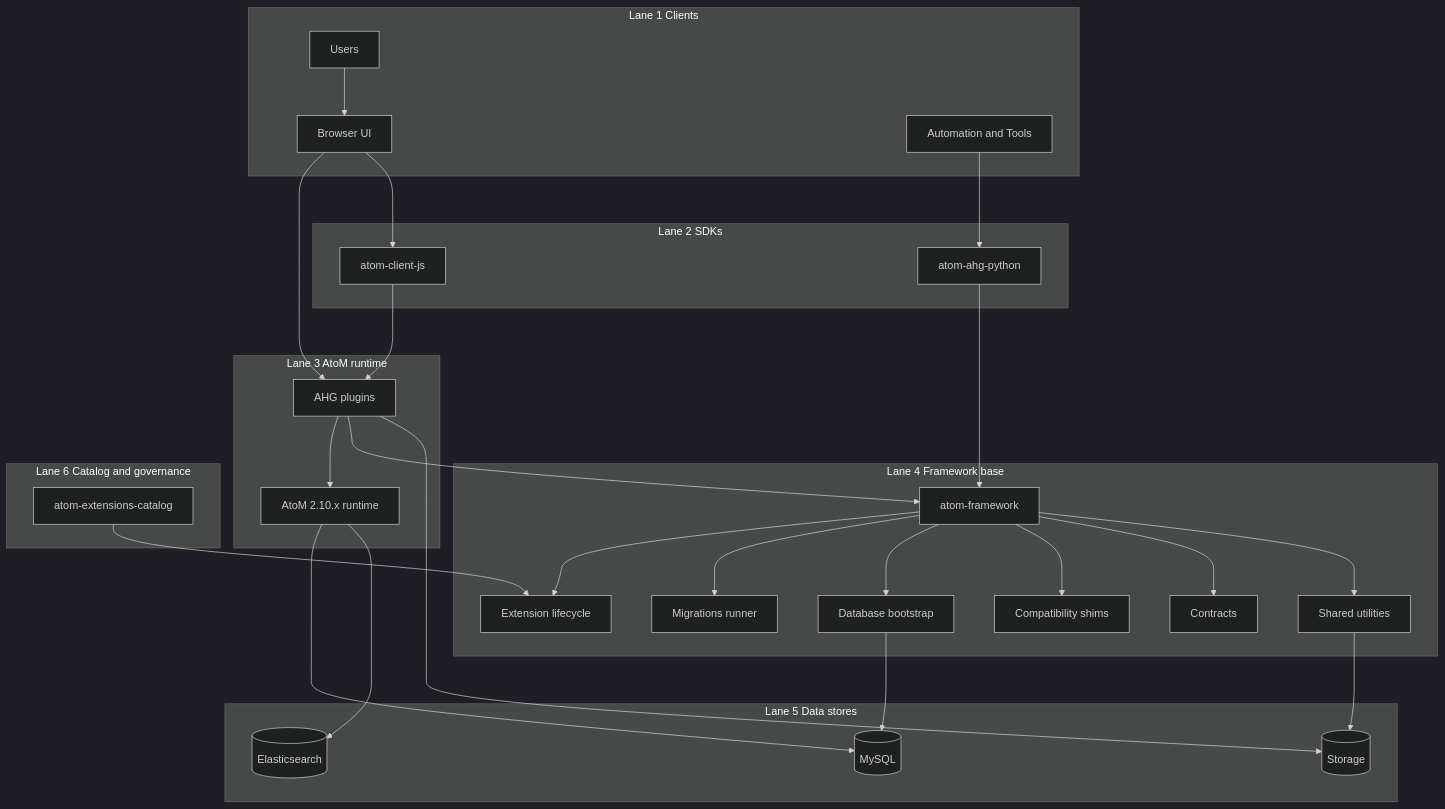
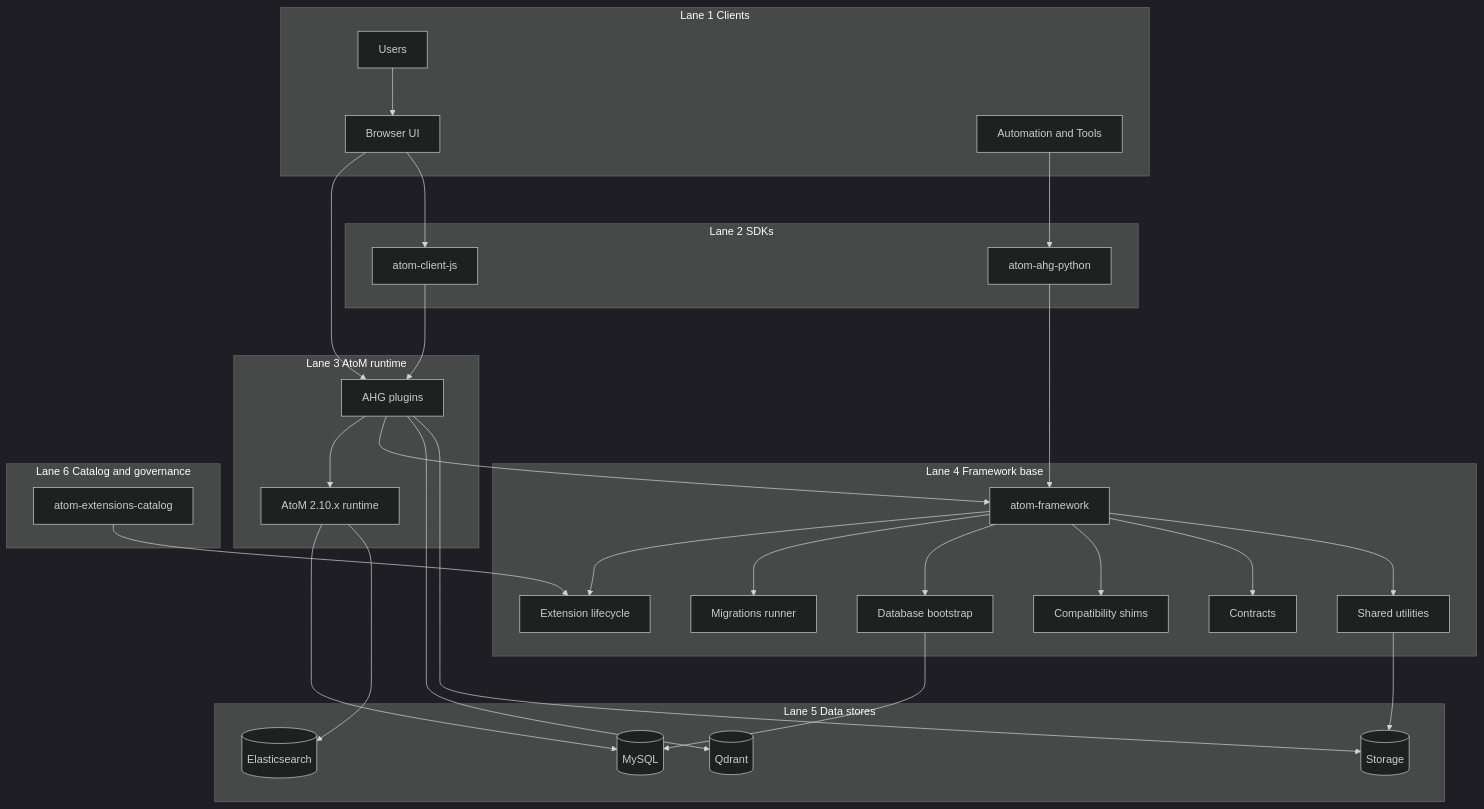
One commit to ArchiveHeritageGroup/.github changed the second of 2 diagrams in profile/README.md. Above: the diagram before and after it, drawn with Mermaid (dark theme). The commit also changed other lines of this file, not shown here.

Commit message:
Update org profile with product roadmap reflecting current development state

````diff
--- a/profile/README.md
+++ b/profile/README.md
@@ -199,63 +237,65 @@
 ```mermaid
 %%{init: {"flowchart":{"nodeSpacing":60,"rankSpacing":70}}}%%
 flowchart TB
 
   subgraph L1["Lane 1 Clients"]
     USERS[Users]
     BROWSER[Browser UI]
     AUTO[Automation and Tools]
   end
 
   subgraph L2["Lane 2 SDKs"]
     JS[atom-client-js]
     PY[atom-ahg-python]
   end
 
   subgraph L3["Lane 3 AtoM runtime"]
     PLUGINS[AHG plugins]
     ATOM[AtoM 2.10.x runtime]
   end
 
   subgraph L4["Lane 4 Framework base"]
     FW[atom-framework]
     EXT[Extension lifecycle]
     MIG[Migrations runner]
     DBB[Database bootstrap]
     COMP[Compatibility shims]
     CTR[Contracts]
     UTIL[Shared utilities]
   end
 
   subgraph L5["Lane 5 Data stores"]
     MYSQL[(MySQL)]
     ES[(Elasticsearch)]
+    QD[(Qdrant)]
     FS[(Storage)]
   end
 
   subgraph L6["Lane 6 Catalog and governance"]
     CAT[atom-extensions-catalog]
   end
 
   USERS --> BROWSER --> PLUGINS --> ATOM
   AUTO --> PY
   BROWSER --> JS
 
   PLUGINS --> FW
   FW --> EXT
   FW --> MIG
   FW --> DBB
   FW --> COMP
   FW --> CTR
   FW --> UTIL
 
   ATOM --> MYSQL
   ATOM --> ES
+  PLUGINS --> QD
   PLUGINS --> FS
   UTIL --> FS
   DBB --> MYSQL
 
   CAT --> EXT
   JS --> PLUGINS
   PY --> FW
 
-  ```
+```
````
